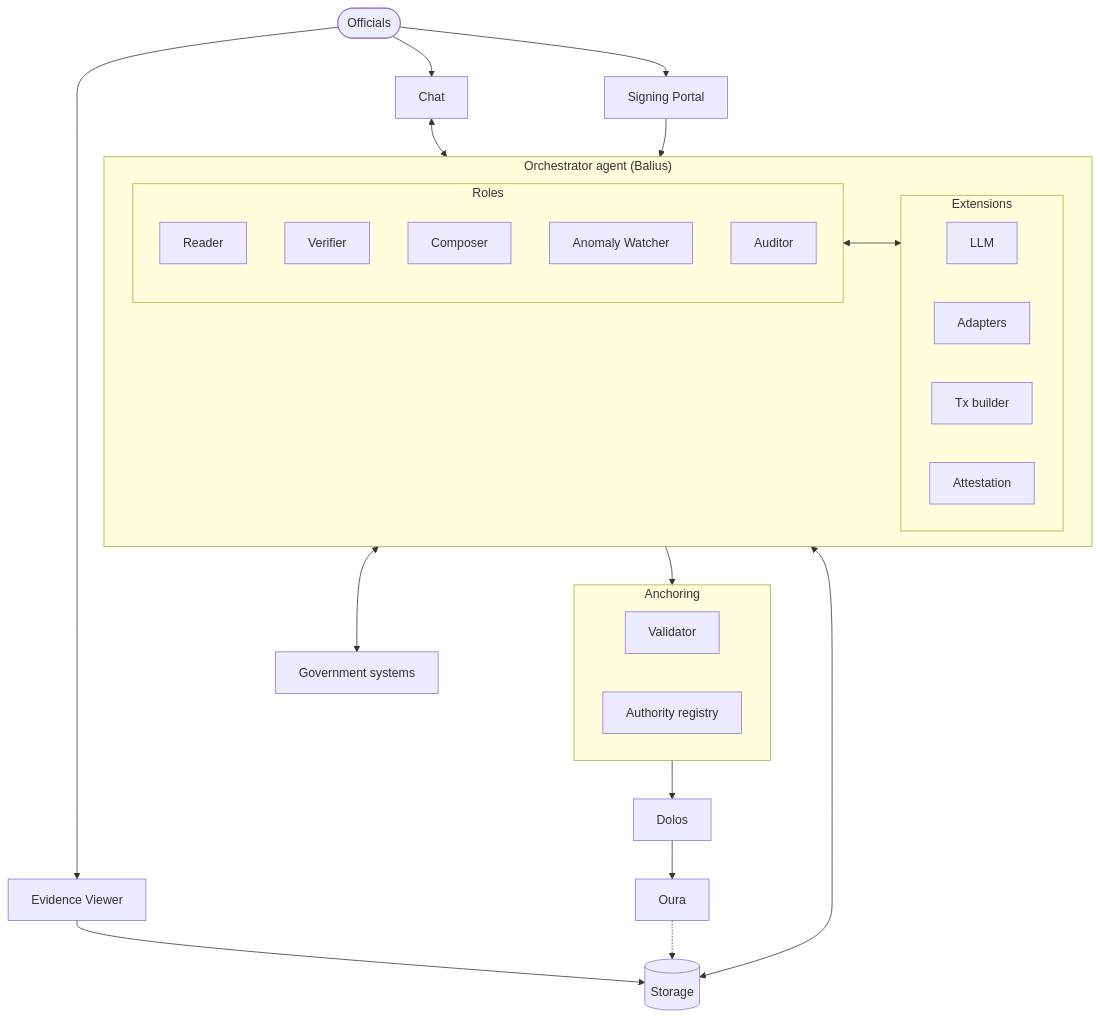
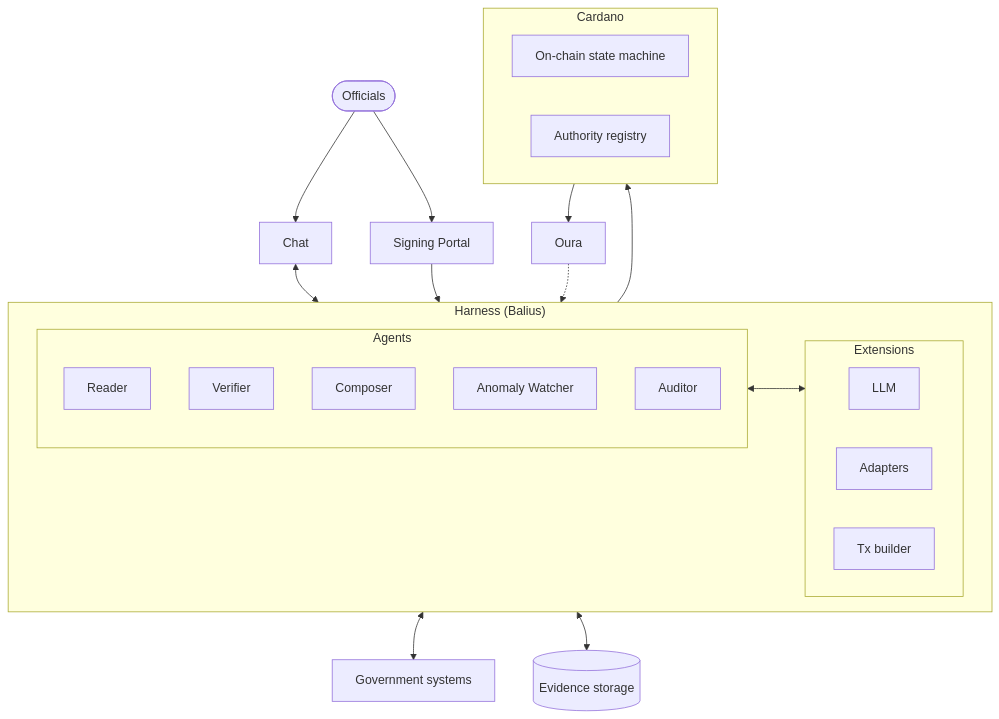
One commit to txpipe/gov.exe changed the first of 2 diagrams in README.md. Above: the diagram before and after it, drawn with Mermaid. The commit also changed other lines of this file and 1 other file, not shown here.

Commit message:
Refine system overview diagrams
- Wrap Agents in an outer "Harness (Balius)" box so the runtime / hosted
  components distinction is visible.
- Merge the off-chain Storage box and the Anchoring subgraph into a single
  "Cardano" subgraph; on-chain components carry the chain's identity.
- Rename "Validator" → "On-chain state machine"; relabel the Evidence
  Viewer surface as Evidence storage; drop Dolos and the Attestation
  extension from the picture.
- Update the post-diagram prose to match.

````diff
--- a/README.md
+++ b/README.md
@@ -42,50 +42,43 @@
 ```mermaid
 flowchart TB
     Officials([Officials])
     Gov[Government systems]
 
     Chat[Chat]
     Portal[Signing Portal]
-    Viewer[Evidence Viewer]
+    Evidence[(Evidence storage)]
 
-    subgraph Agent["Orchestrator agent (Balius)"]
+    subgraph Harness["Harness (Balius)"]
         direction LR
-        subgraph Roles["Roles"]
+        subgraph Agents["Agents"]
             Reader
             Verifier
             Composer
             Watcher[Anomaly Watcher]
             Auditor
         end
         subgraph Extensions["Extensions"]
             LLM
             Adapters
             TxBuilder[Tx builder]
-            Attestation
         end
     end
 
-    Storage[(Storage)]
-
-    subgraph Anchoring["Anchoring"]
-        Validator
+    subgraph Cardano["Cardano"]
+        StateMachine[On-chain state machine]
         Registry[Authority registry]
     end
 
-    Dolos
     Oura
 
     Officials --> Chat
     Officials --> Portal
-    Officials --> Viewer
-    Chat <--> Roles
-    Portal --> Roles
-    Viewer --> Storage
-    Roles <--> Extensions
+    Chat <--> Agents
+    Portal --> Agents
+    Agents <--> Extensions
     Extensions <--> Gov
-    Extensions <--> Storage
-    TxBuilder --> Anchoring
-    Anchoring --> Dolos
-    Dolos --> Oura
-    Oura -.-> Storage
+    Extensions <--> Evidence
+    TxBuilder --> Cardano
+    Cardano --> Oura
+    Oura -.-> Extensions
 ```
````
